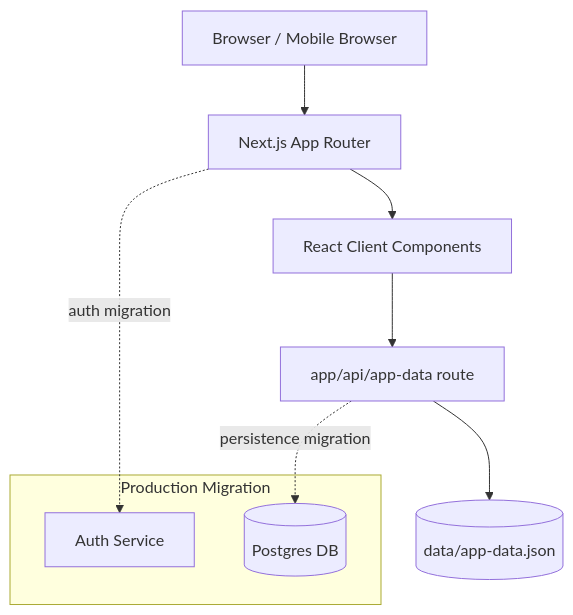
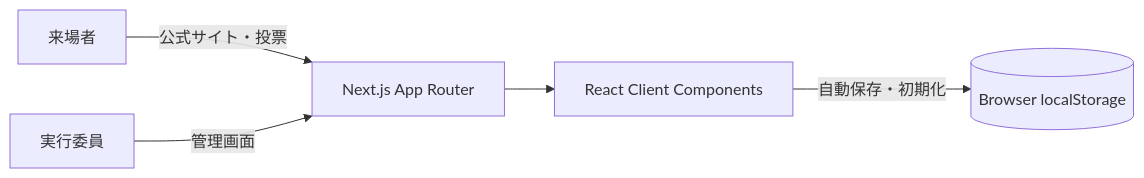
One commit to kokutowarabi/event-ops changed the diagram in docs/system-architecture.md. Above: the diagram before and after it, drawn with Mermaid. The commit also changed other lines of this file and 37 other files, not shown here.

````diff
--- a/docs/system-architecture.md
+++ b/docs/system-architecture.md
@@ -3,23 +3,13 @@
 ```mermaid
-flowchart TB
-  Browser[Browser / Mobile Browser]
+flowchart LR
+  Visitor[来場者]
+  Staff[実行委員]
   Next[Next.js App Router]
   UI[React Client Components]
-  API[app/api/app-data route]
-  JSON[(data/app-data.json)]
-  FutureAuth[Auth Service]
-  FutureDB[(Postgres DB)]
+  Storage[(Browser localStorage)]
 
-  Browser --> Next
+  Visitor -->|公式サイト・投票| Next
+  Staff -->|管理画面| Next
   Next --> UI
-  UI --> API
-  API --> JSON
-
-  subgraph FutureProduction[Production Migration]
-    FutureAuth
-    FutureDB
-  end
-
-  Next -. auth migration .-> FutureAuth
-  API -. persistence migration .-> FutureDB
+  UI -->|自動保存・初期化| Storage
 ```
````
